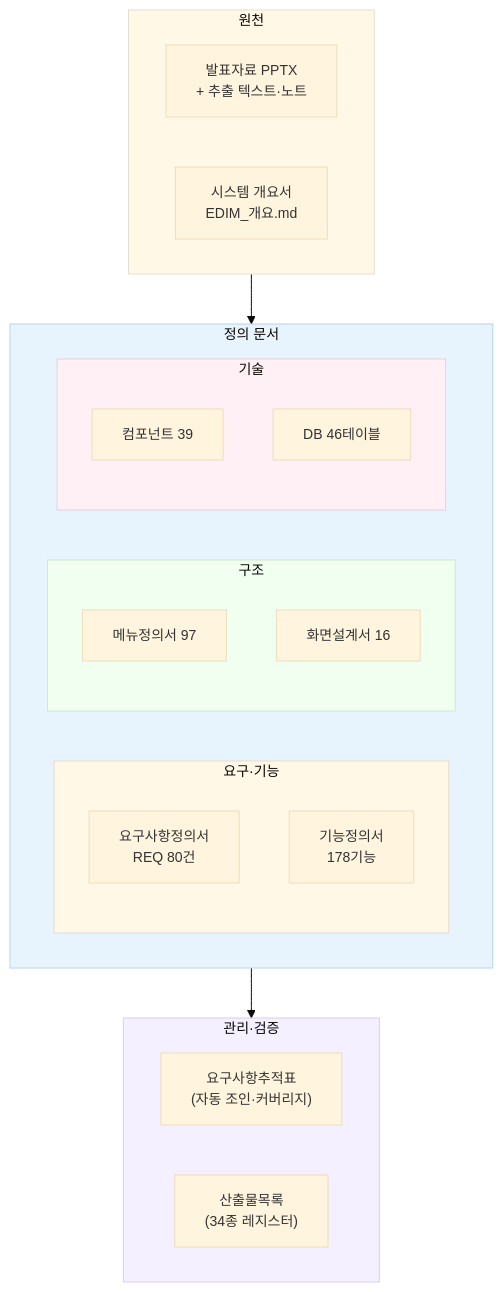
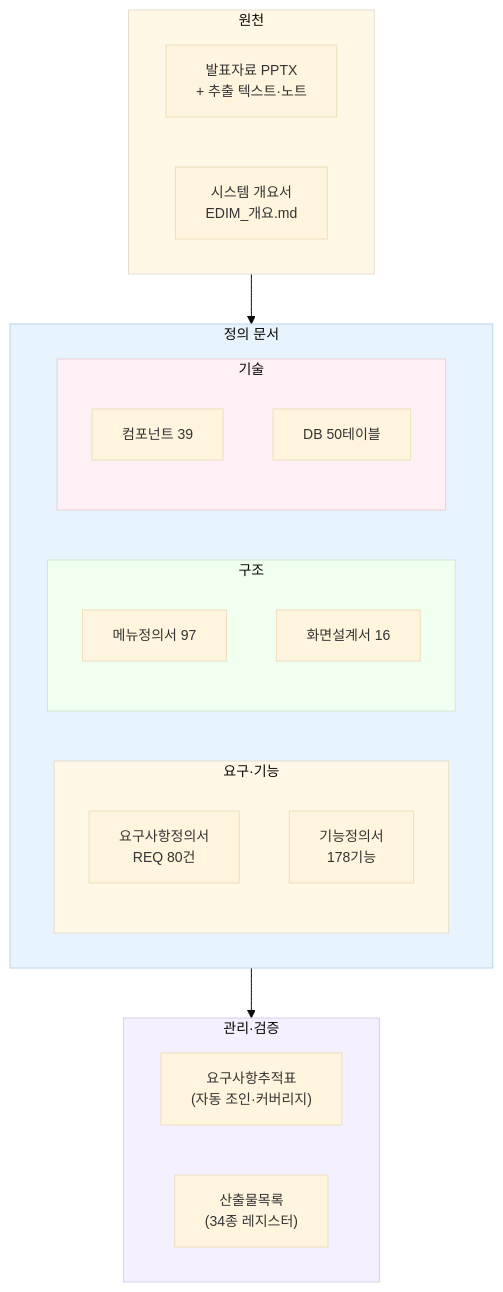
The diagram in edim-ai-blueprint/docs/README.md (fankh/external-projects), drawn with Mermaid before and after one commit. The commit also changed other lines of this file and 11 other files, not shown here.

````diff
--- a/edim-ai-blueprint/docs/README.md
+++ b/edim-ai-blueprint/docs/README.md
@@ -19,44 +19,44 @@
 ```mermaid
 %%{init: {'theme': 'base', 'themeVariables': { 'fontSize': '14px' }, 'flowchart': { 'useMaxWidth': true }}}%%
 flowchart TB
     subgraph SRC["원천"]
         direction LR
         PPT["발표자료 PPTX<br/>+ 추출 텍스트·노트"]
         OV["시스템 개요서<br/>EDIM_개요.md"]
     end
 
     subgraph DEF["정의 문서"]
         direction LR
         subgraph DEF1["요구·기능"]
             direction TB
             REQ["요구사항정의서<br/>REQ 80건"]
             FEAT["기능정의서<br/>178기능"]
         end
         subgraph DEF2["구조"]
             direction TB
             MENU["메뉴정의서 97"]
             SCR["화면설계서 16"]
         end
         subgraph DEF3["기술"]
             direction TB
             COMP["컴포넌트 39"]
-            DB["DB 46테이블"]
+            DB["DB 50테이블"]
         end
     end
 
     subgraph CTRL["관리·검증"]
         direction LR
         RTM["요구사항추적표<br/>(자동 조인·커버리지)"]
         REG["산출물목록<br/>(34종 레지스터)"]
     end
 
     SRC --> DEF
     DEF --> CTRL
 
     style SRC fill:#FFF8E7,stroke:#E6DDD0,stroke-width:1px
     style DEF fill:#E8F4FD,stroke:#B8D4ED,stroke-width:1px
     style DEF1 fill:#FFF8E7,stroke:#E6DDD0,stroke-width:1px
     style DEF2 fill:#F0FFF0,stroke:#D0E8D0,stroke-width:1px
     style DEF3 fill:#FFF0F5,stroke:#E8D0D8,stroke-width:1px
     style CTRL fill:#F5F0FF,stroke:#D8D0E8,stroke-width:1px
 ```
````
